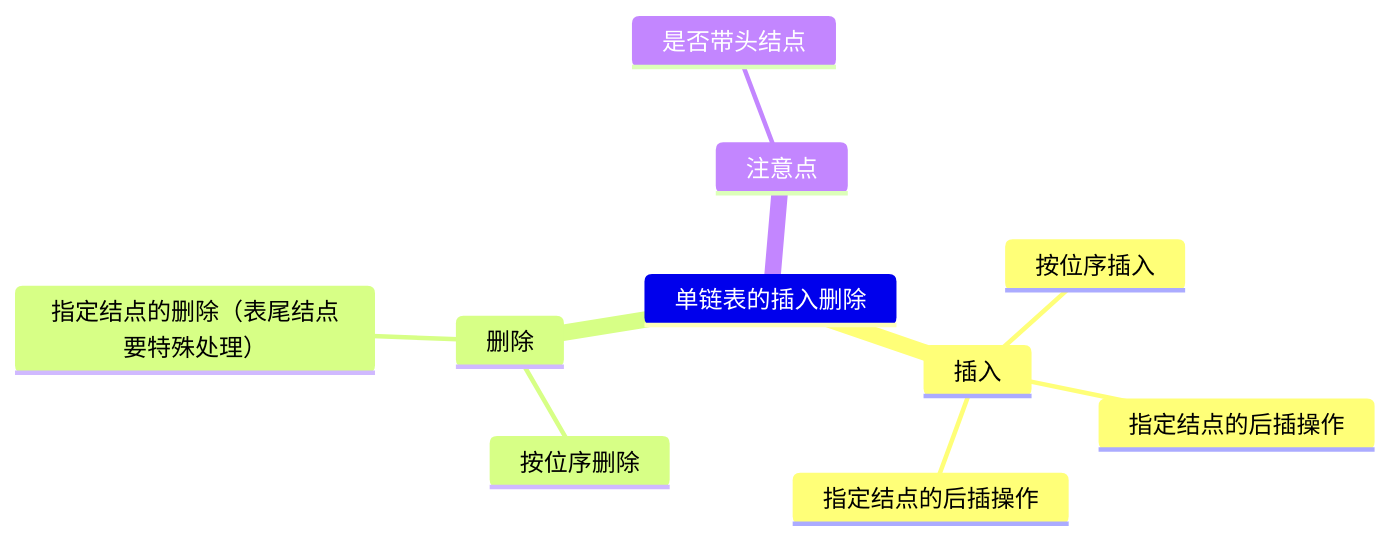
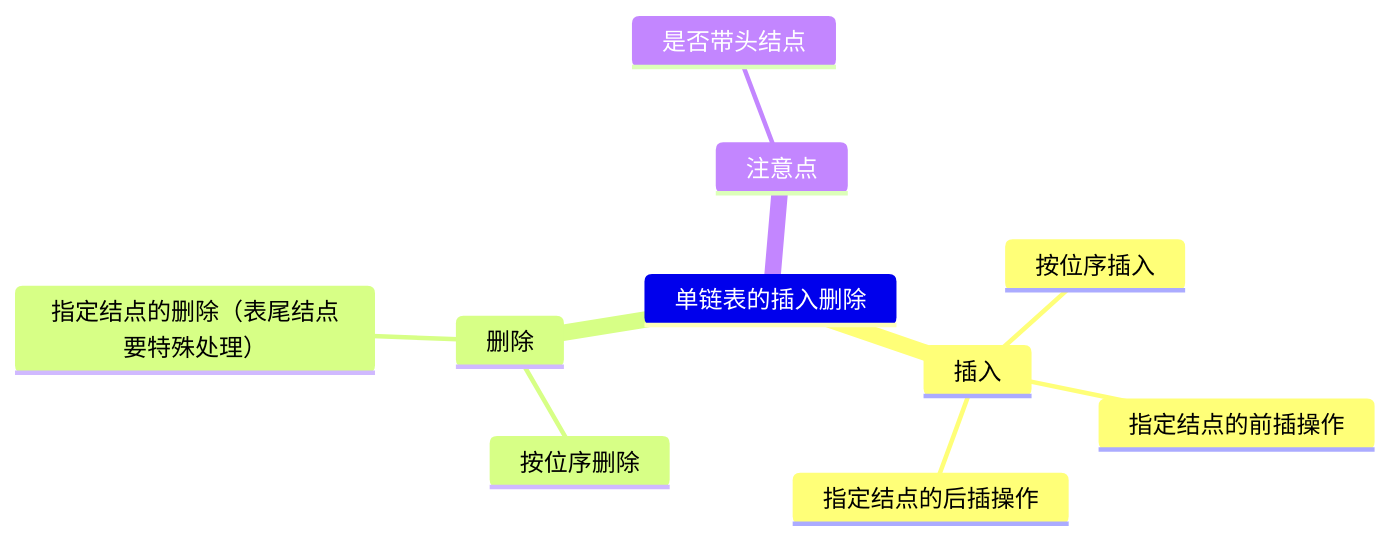
Before and after one commit to novpath/Data-Structure: diagram 15 of 15 in 数据结构.md, drawn with Mermaid. The commit also changed other lines of this file and 2 other files, not shown here.

````diff
--- a/数据结构.md
+++ b/数据结构.md
@@ -2250,13 +2250,13 @@
 ```mermaid
 mindmap
     单链表的插入删除
         插入
             按位序插入
-            指定结点的后插操作
+            指定结点的前插操作
             指定结点的后插操作
         删除
             按位序删除
             指定结点的删除（表尾结点要特殊处理）
         注意点
             是否带头结点
 ```
````
